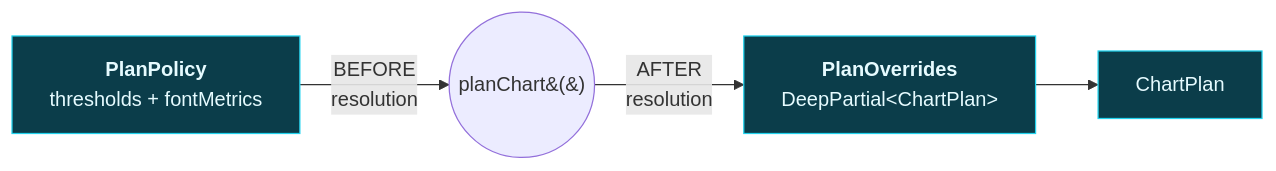
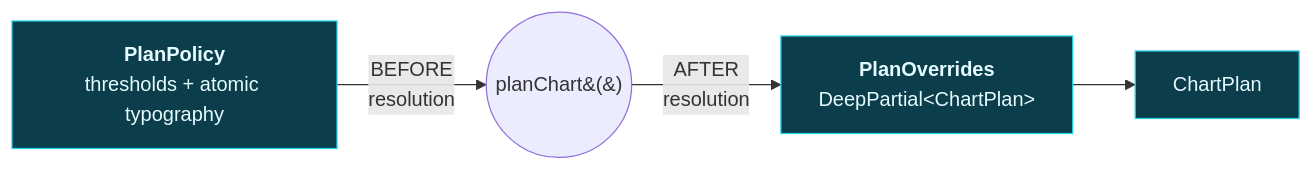
The third of 5 diagrams in research/maps/01-runtime-flow.md (DeshpandeBoy/Defence-Charts), drawn with Mermaid before and after one commit. The commit also changed 42 other files, not shown here.

````diff
--- a/research/maps/01-runtime-flow.md
+++ b/research/maps/01-runtime-flow.md
@@ -89,9 +89,9 @@
 ```mermaid
 flowchart LR
-    p["<b>PlanPolicy</b><br/>thresholds + fontMetrics"] -->|"BEFORE<br/>resolution"| r(("planChart&#40;&#41;"))
+    p["<b>PlanPolicy</b><br/>thresholds + atomic typography"] -->|"BEFORE<br/>resolution"| r(("planChart&#40;&#41;"))
     r -->|"AFTER<br/>resolution"| o["<b>PlanOverrides</b><br/>DeepPartial&lt;ChartPlan&gt;"]
     o --> plan["ChartPlan"]
 
     classDef n fill:#0b3d4a,stroke:#22d3ee,color:#e6fbff
     class p,o,plan n
 ```
````
